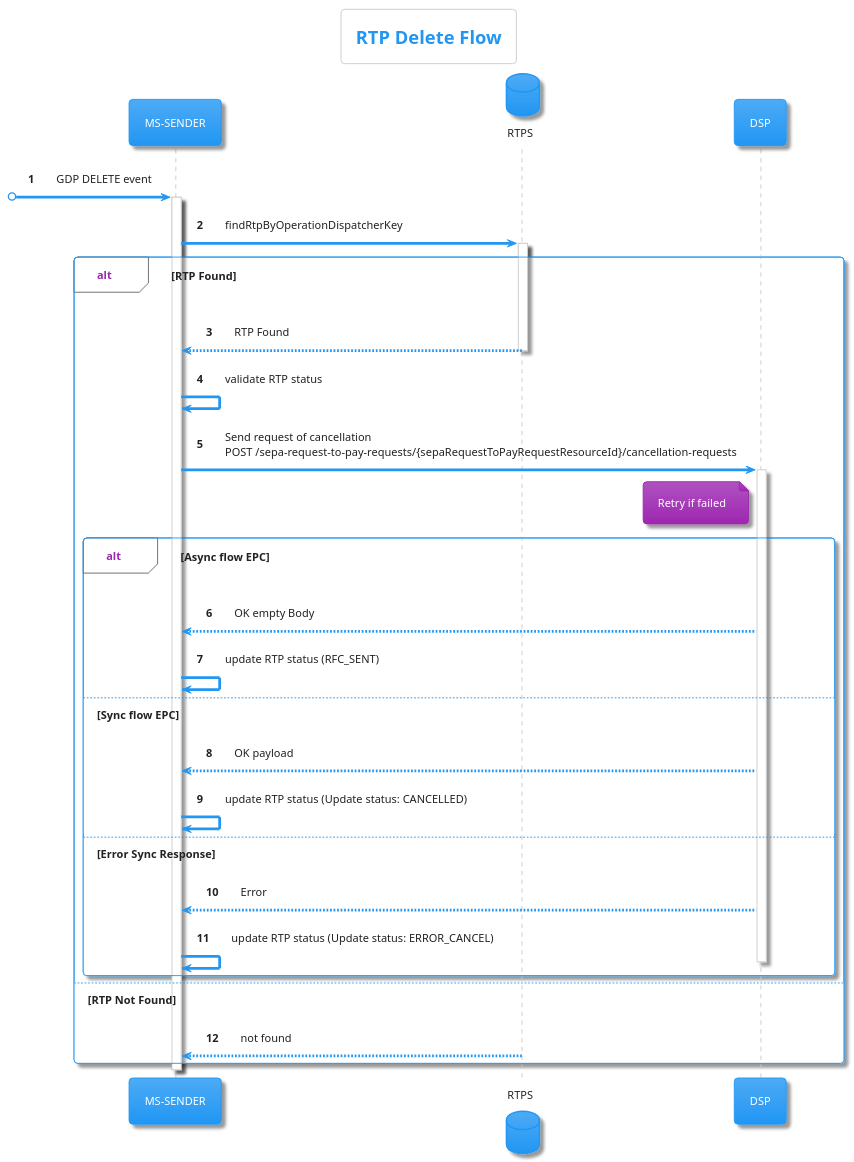
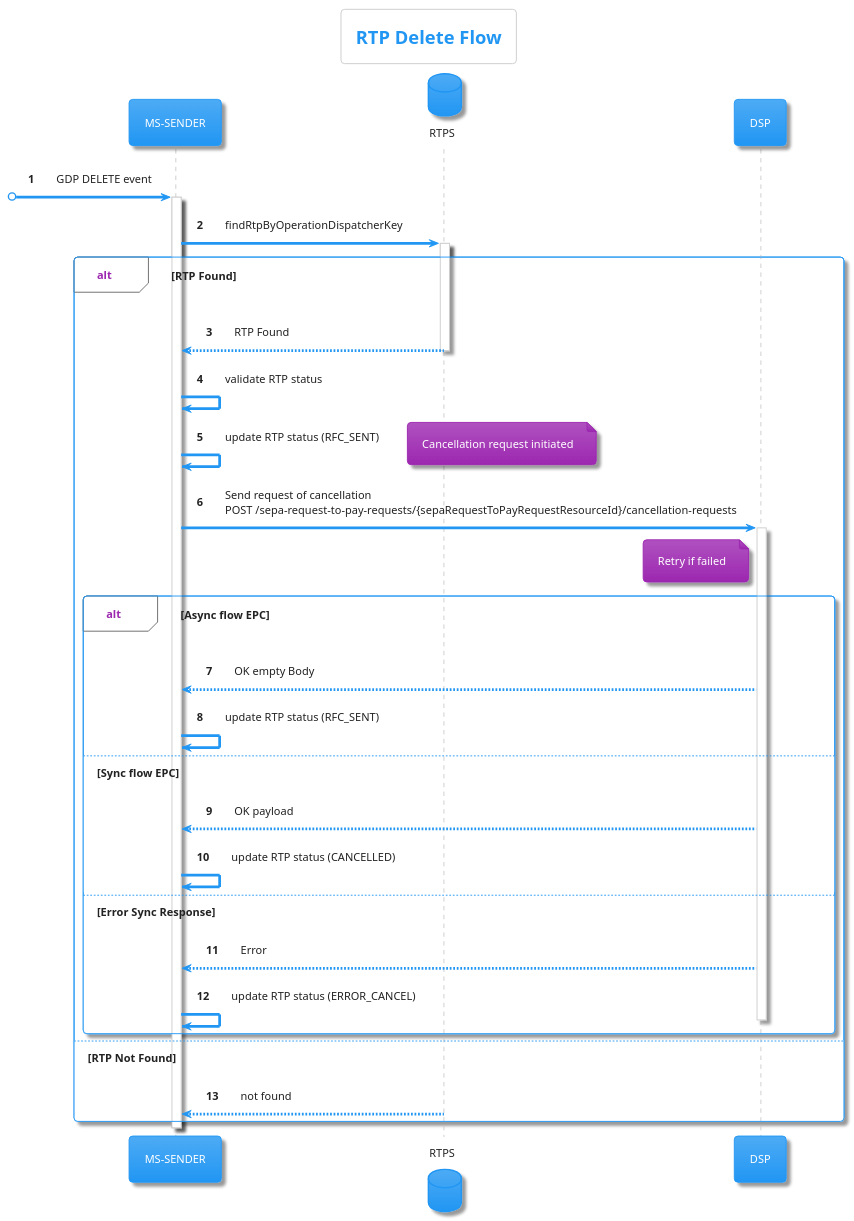
The diagram in diagrams/cancel.puml (pagopa/rtp-docs), drawn with PlantUML before and after one commit. The commit also changed 6 other files, not shown here.

```diff
--- a/diagrams/cancel.puml
+++ b/diagrams/cancel.puml
@@ -1,55 +1,57 @@
 @startuml
 ' PlantUML Diagram for RTP Send API
 ' Title: Detailed RTP Send Sequence Diagram
 ' Version: 2.0.0
 ' Description: This diagram shows the detailed internal process for sending
 '              an RTP after GDP operation validation.
 
 !theme materia
 
 title RTP Delete Flow
 
 participant "MS-SENDER" as SENDER
 database "RTPS" as SRTP
 participant "DSP" as DSP
 
 autonumber
 
 [o-> SENDER: GDP DELETE event
 
 activate SENDER
 SENDER -> SRTP: findRtpByOperationDispatcherKey
   activate SRTP
 
 alt RTP Found
     SRTP --> SENDER: RTP Found
     deactivate SRTP
     SENDER -> SENDER: validate RTP status
+    SENDER -> SENDER: update RTP status (RFC_SENT)
+    note right: Cancellation request initiated
     SENDER -> DSP: Send request of cancellation\nPOST /sepa-request-to-pay-requests/{sepaRequestToPayRequestResourceId}/cancellation-requests
     activate DSP
     note left of DSP
       Retry if failed
     end note
 
     alt Async flow EPC
       DSP --> SENDER: OK empty Body
       SENDER -> SENDER: update RTP status (RFC_SENT)
     else Sync flow EPC
       DSP --> SENDER: OK payload
-      SENDER -> SENDER: update RTP status (Update status: CANCELLED)
+      SENDER -> SENDER: update RTP status (CANCELLED)
     else Error Sync Response
       DSP --> SENDER: Error
-      SENDER -> SENDER: update RTP status (Update status: ERROR_CANCEL)
+      SENDER -> SENDER: update RTP status (ERROR_CANCEL)
     deactivate DSP
     end Error RFC
 
 
 
 else RTP Not Found
     SRTP --> SENDER: not found
 end
 
 
 deactivate SENDER
 
 @enduml
```
